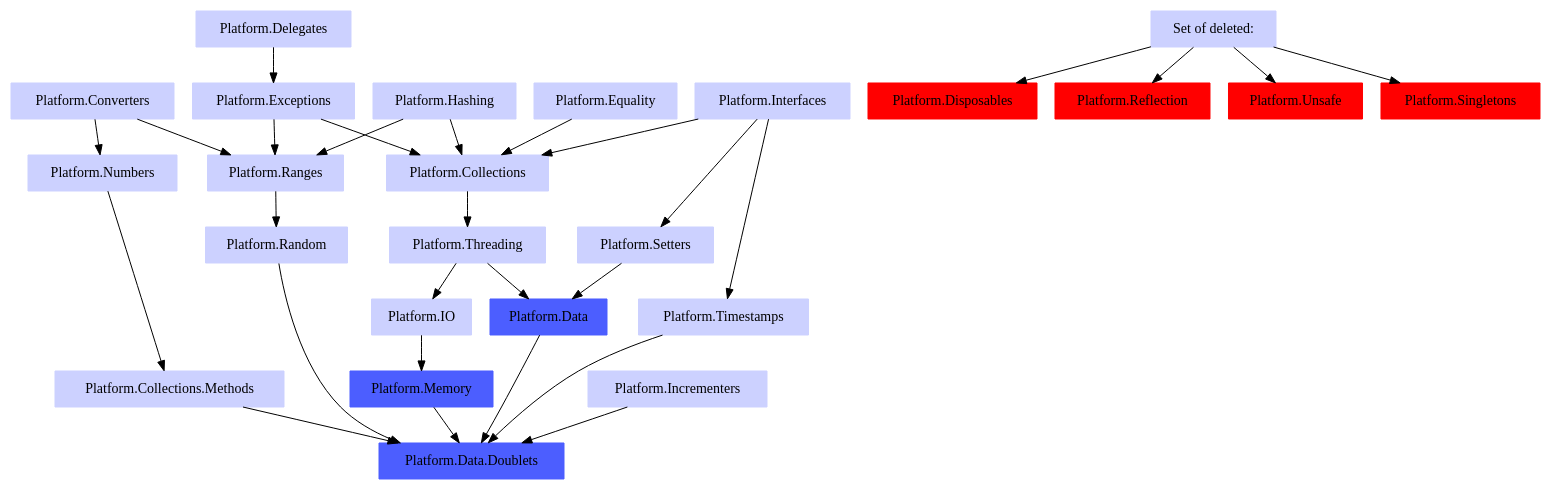
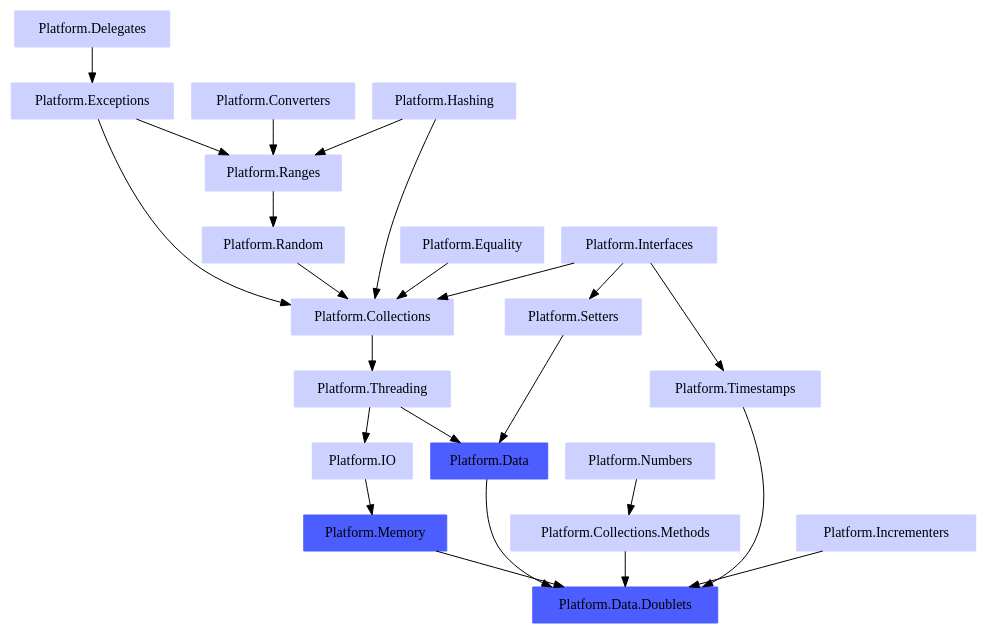
The diagram in doc/Dependencies/Platform.Data.Doublets.cpp.dot (linksplatform/Documentation), drawn with Graphviz before and after one commit.

```diff
--- a/doc/Dependencies/Platform.Data.Doublets.cpp.dot
+++ b/doc/Dependencies/Platform.Data.Doublets.cpp.dot
@@ -1,74 +1,60 @@
 digraph PlatformDataDoubletsDependencies 
 {
   node [style=filled, color="0.650 0.200 1.000", shape="rectangle"]
 
 
   "Platform.Delegates" -> "Platform.Exceptions" 
-  "Platform.Interfaces" -> "Platform.Collections"
-
-  "Platform.Exceptions" -> "Platform.Ranges"
-  "Platform.Converters" -> "Platform.Ranges"
-  "Platform.Hashing" -> "Platform.Ranges"
-  
-  "Platform.Exceptions" -> "Platform.Collections"
-
+   
   "Platform.Threading" -> "Platform.IO"
 
   "Platform.Collections" -> "Platform.Threading"
-
-  "Platform.Converters" -> "Platform.Numbers"
 
   "Platform.Numbers" -> "Platform.Collections.Methods"
 
   "Platform.Ranges" -> "Platform.Random"
 
   "Platform.Interfaces" -> "Platform.Timestamps"
 
   "Platform.Interfaces" -> "Platform.Setters"
 
   "Platform.IO" -> "Platform.Memory"
 
   "Platform.Threading" -> "Platform.Data"
   "Platform.Setters" -> "Platform.Data"
 
-  # "Platform.Random" -> "Platform.Collections" build requires 
-  "Platform.Random" -> "Platform.Data.Doublets"
+  "Platform.Exceptions" -> "Platform.Ranges"
+  "Platform.Converters" -> "Platform.Ranges"
+  "Platform.Hashing" -> "Platform.Ranges"
   
   "Platform.Timestamps" -> "Platform.Data.Doublets"
   "Platform.Collections.Methods" -> "Platform.Data.Doublets"
   "Platform.Memory" -> "Platform.Data.Doublets"
   "Platform.Data" -> "Platform.Data.Doublets"
   "Platform.Incrementers" -> "Platform.Data.Doublets"
 
-  "Set of deleted: " -> "Platform.Disposables"
-  "Set of deleted: " -> "Platform.Reflection"
-  "Set of deleted: " -> "Platform.Unsafe"
-  "Set of deleted: " -> "Platform.Singletons"
-
+  "Platform.Random" -> "Platform.Collections"
   "Platform.Hashing" -> "Platform.Collections"
   "Platform.Equality" -> "Platform.Collections"
+  "Platform.Interfaces" -> "Platform.Collections"
+  "Platform.Exceptions" -> "Platform.Collections"
 
   "Platform.Hashing" [href="https://github.com/linksplatform/Hashing"]
   "Platform.Equality" [href="https://github.com/linksplatform/Equality"]
   "Platform.Delegates" [href="https://github.com/linksplatform/Delegates"]
   "Platform.Exceptions" [href="https://github.com/linksplatform/Exceptions"]
-  "Platform.Disposables" [color="1.000 1.000 1.000", href="https://github.com/linksplatform/Disposables"]
-  "Platform.Unsafe" [color="1.000 1.000 1.000", href="https://github.com/linksplatform/Unsafe"]
   "Platform.Collections" [href="https://github.com/linksplatform/Collections"]
   "Platform.Converters" [href="https://github.com/linksplatform/Converters"]
   "Platform.Ranges" [href="https://github.com/linksplatform/Ranges"]
   "Platform.Interfaces" [href="https://github.com/linksplatform/Interfaces"]
   "Platform.Incrementers" [href="https://github.com/linksplatform/Incrementers"]
-  "Platform.Reflection" [color="1.000 1.000 1.000", href="https://github.com/linksplatform/Reflection"]
   "Platform.IO" [href="https://github.com/linksplatform/IO"]
   "Platform.Threading" [href="https://github.com/linksplatform/Threading"]
   "Platform.Numbers" [href="https://github.com/linksplatform/Numbers"]
   "Platform.Setters" [href="https://github.com/linksplatform/Setters"]
   "Platform.Random" [href="https://github.com/linksplatform/Random"]
   "Platform.Timestamps" [href="https://github.com/linksplatform/Timestamps"]
   "Platform.Collections.Methods" [href="https://github.com/linksplatform/Collections.Methods"]
-  "Platform.Singletons" [color="1.000 1.000 1.000", href="https://github.com/linksplatform/Singletons"]
   "Platform.Memory" [color="0.650 0.700 1.000", href="https://github.com/linksplatform/Memory"]
   "Platform.Data" [color="0.650 0.700 1.000", href="https://github.com/linksplatform/Data"]
   "Platform.Data.Doublets" [color="0.650 0.700 1.000", style=filled, href="https://github.com/linksplatform/Data.Doublets"]
 }
```
